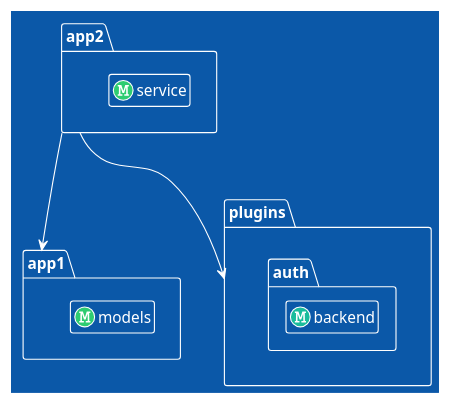
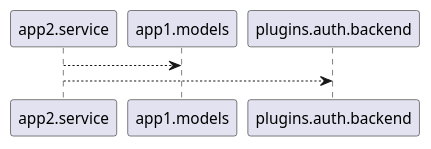
One commit to nkhitrov/arch-blueprint changed the second of 2 diagrams in README.md. Above: the diagram before and after it, drawn with PlantUML. The commit also changed other lines of this file and 59 other files, not shown here.

````diff
--- a/README.md
+++ b/README.md
@@ -58,21 +147,4 @@
 ```puml
-@startuml
-!theme amiga
-
-top to bottom direction
-hide empty members
-
-package app1 {
-  class app1.models <<(M, #2ECC71)>>
-}
-package app2 {
-  class app2.service <<(M, #2ECC71)>>
-}
-package plugins {
-  class plugins.auth.backend <<(M, #1ABC9C)>>
-}
-
-app2 ---> app1
-app2 ---> plugins
-@enduml
+app2.service ---> app1.models
+app2.service ---> plugins.auth.backend
 ```
````
